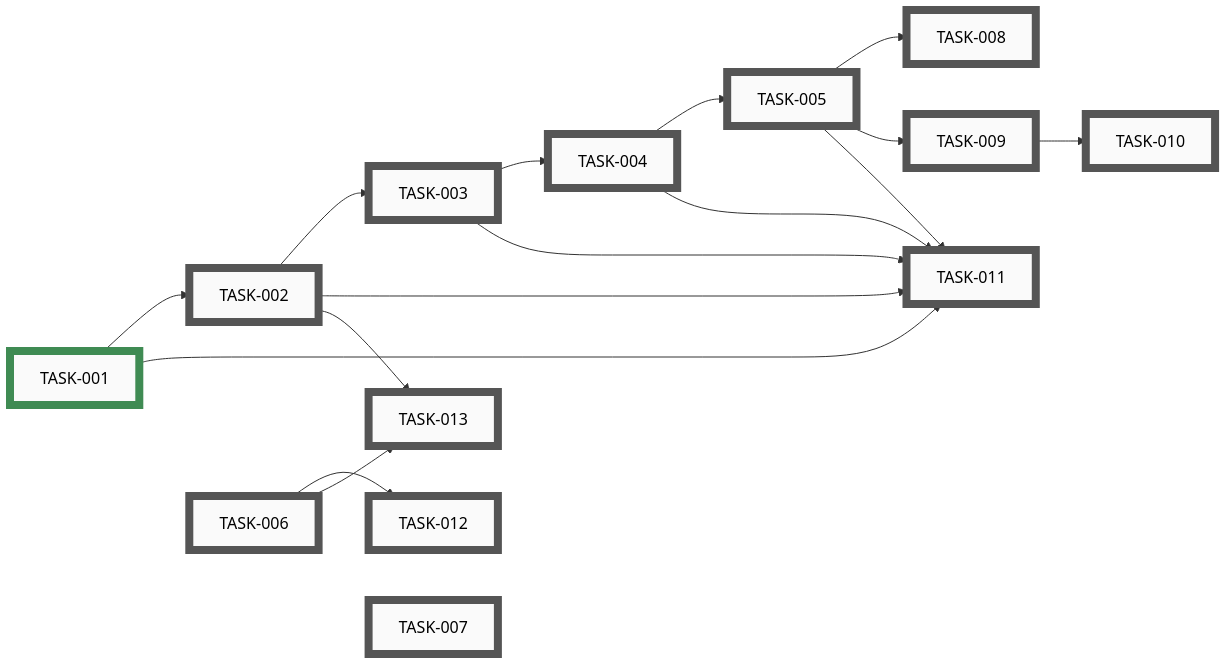
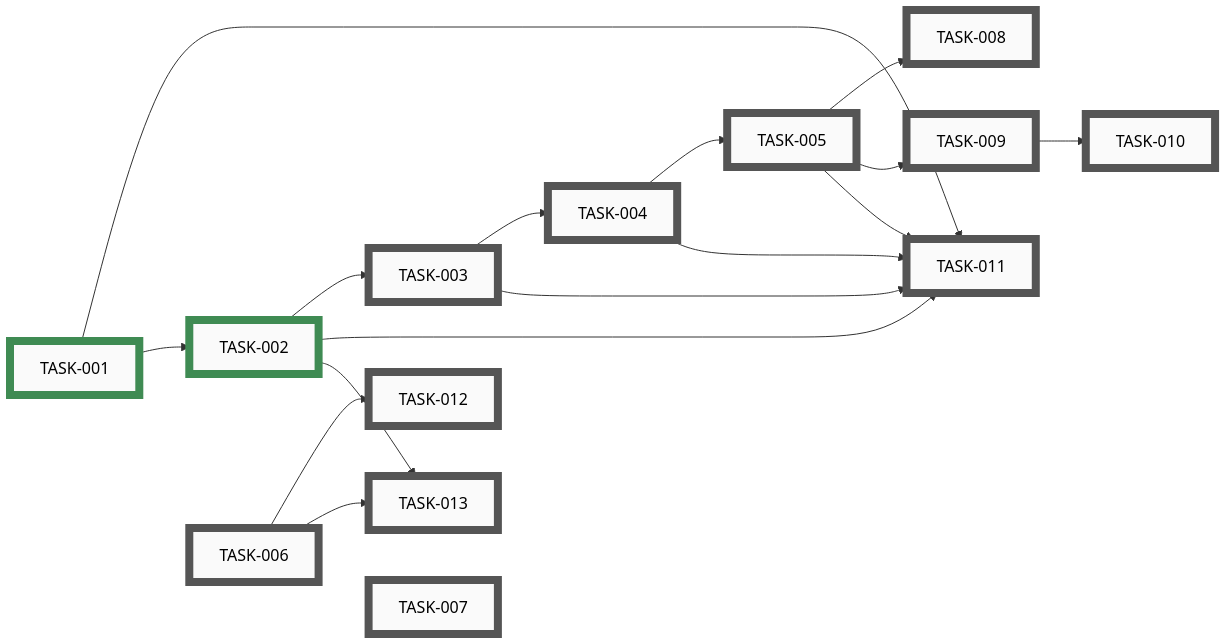
One commit to tgd1975/PartsLedger changed the diagram in docs/developers/tasks/EPICS.md. Above: the diagram before and after it, drawn with Mermaid. The commit also changed other lines of this file and 11 other files, not shown here.

First line of the commit message:
close TASK-002: Author Python project skeleton

````diff
--- a/docs/developers/tasks/EPICS.md
+++ b/docs/developers/tasks/EPICS.md
@@ -21,53 +21,53 @@
 ```mermaid
 graph LR
-    TASK_002["TASK-002"]:::open
     TASK_003["TASK-003"]:::open
     TASK_004["TASK-004"]:::open
     TASK_005["TASK-005"]:::open
     TASK_006["TASK-006"]:::open
     TASK_007["TASK-007"]:::open
     TASK_008["TASK-008"]:::open
     TASK_009["TASK-009"]:::open
     TASK_010["TASK-010"]:::open
     TASK_011["TASK-011"]:::open
     TASK_012["TASK-012"]:::open
     TASK_013["TASK-013"]:::open
     TASK_001["TASK-001"]:::closed
-    TASK_001 --> TASK_002
+    TASK_002["TASK-002"]:::closed
     TASK_002 --> TASK_003
     TASK_003 --> TASK_004
     TASK_004 --> TASK_005
     TASK_005 --> TASK_008
     TASK_005 --> TASK_009
     TASK_009 --> TASK_010
     TASK_001 --> TASK_011
     TASK_002 --> TASK_011
     TASK_003 --> TASK_011
     TASK_004 --> TASK_011
     TASK_005 --> TASK_011
     TASK_006 --> TASK_012
     TASK_002 --> TASK_013
     TASK_006 --> TASK_013
+    TASK_001 --> TASK_002
     TASK_001 ~~~ TASK_006 ~~~ TASK_007
-    click TASK_002 "open/task-002-python-skeleton.md"
     click TASK_003 "open/task-003-replace-pre-commit.md"
     click TASK_004 "open/task-004-upgrade-commit-skill.md"
     click TASK_005 "open/task-005-settings-json.md"
     click TASK_006 "open/task-006-docs-verbatim-port.md"
     click TASK_007 "open/task-007-architecture-doc.md"
     click TASK_008 "open/task-008-security-review-hooks.md"
     click TASK_009 "open/task-009-codeowner-mechanism.md"
     click TASK_010 "open/task-010-codeowner-starter-skills.md"
     click TASK_011 "open/task-011-claude-md-rewrite.md"
     click TASK_012 "open/task-012-epic-run-and-autonomy.md"
     click TASK_013 "open/task-013-apply-branch-protection.md"
     click TASK_001 "closed/task-001-delete-sync-layer.md"
+    click TASK_002 "closed/task-002-python-skeleton.md"
     classDef open    fill:#FAFAFA,stroke:#555,stroke-width:8px,color:#000
     classDef active  fill:#FAFAFA,stroke:#1A6FA8,stroke-width:8px,color:#000
     classDef closed  fill:#FAFAFA,stroke:#3F8B53,stroke-width:8px,color:#000
     classDef paused  fill:#FAFAFA,stroke:#B07810,stroke-width:8px,color:#000
     classDef openExt    fill:#000,stroke:#888,stroke-width:8px,color:#FFF
     classDef activeExt  fill:#000,stroke:#3FA9F5,stroke-width:8px,color:#FFF
     classDef closedExt  fill:#000,stroke:#7CC68A,stroke-width:8px,color:#FFF
     classDef pausedExt  fill:#000,stroke:#F0B030,stroke-width:8px,color:#FFF
 ```
````
